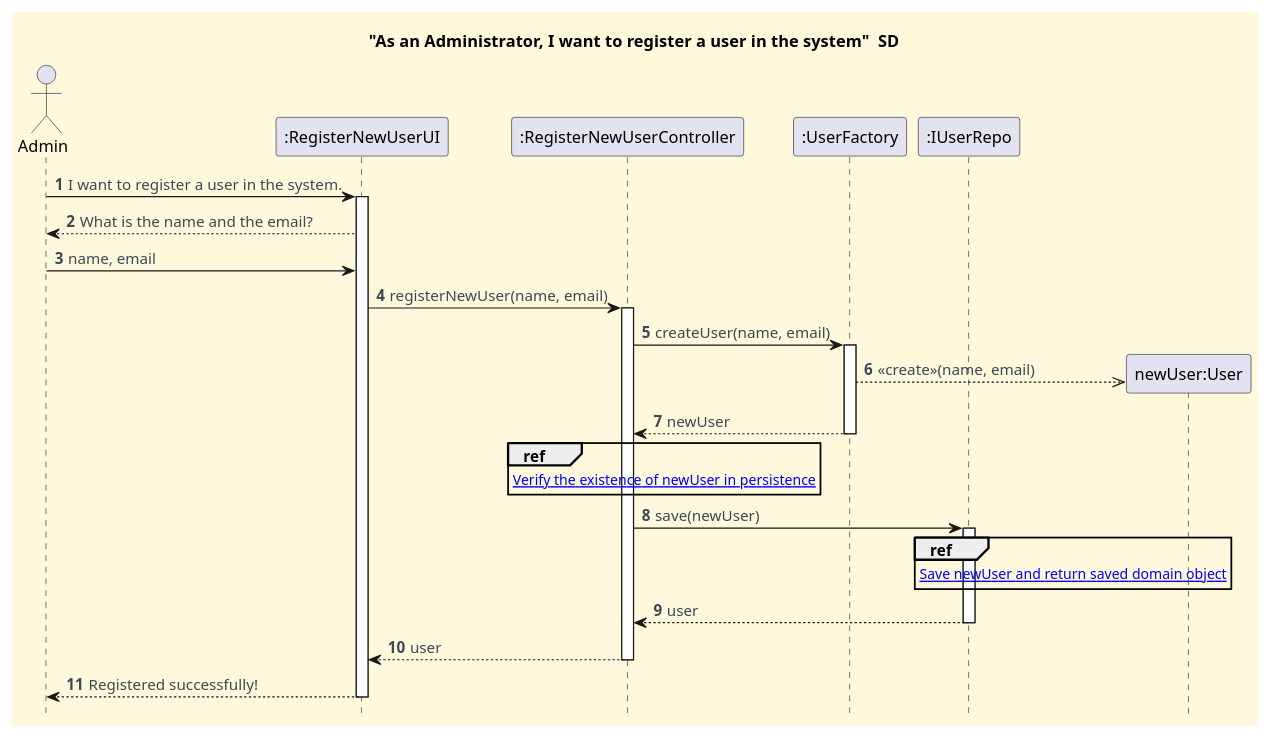
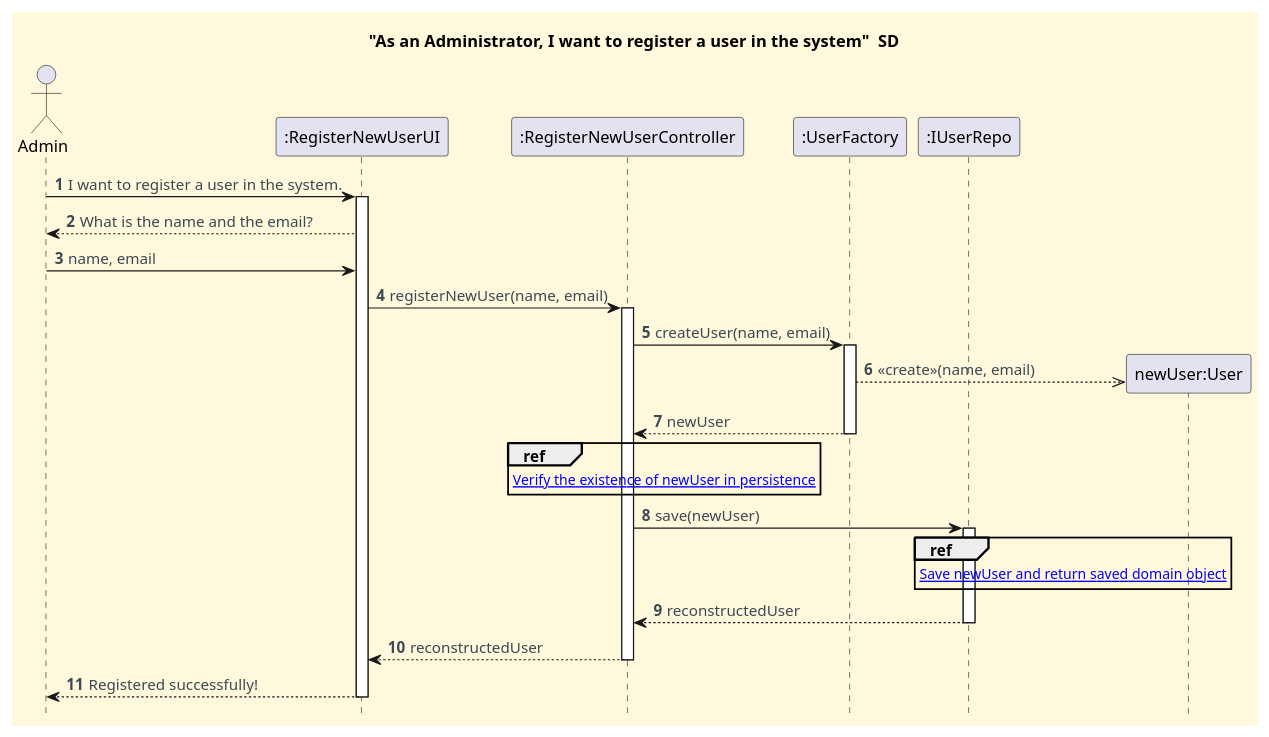
One commit to CarolinaLeite-collab/JavaMarketplacePlatform changed the diagram in docs/functionalities/admin/register-user/Register_User_SD.puml. Above: the diagram before and after it, drawn with PlantUML.

Commit message:
docs: update RegisterUser SD to reflect reconstructed User return refs #763

```diff
--- a/docs/functionalities/admin/register-user/Register_User_SD.puml
+++ b/docs/functionalities/admin/register-user/Register_User_SD.puml
@@ -2,58 +2,58 @@
 @startuml
 title **"As an Administrator, I want to register a user in the system"**  SD
 hide footbox
 
 skinparam monochrome false
 skinparam shadowing false
 skinparam defaultFontName Futura
 skinparam objectFontSize 20
 skinparam backgroundColor CornSilk
 skinparam objectBackgroundColor WhiteSmoke
 skinparam noteBackgroundColor #FFFFE0
 skinparam ArrowFontColor #3B4953
 skinparam ActivationBackgroundColor black
 
 autonumber
 autoactivate off
 
 actor "Admin" as Administrator
 participant ":RegisterNewUserUI" as UI
 participant ":RegisterNewUserController" as Ctl
 participant ":UserFactory" as Factory
 participant ":IUserRepo" as IR
 
 Administrator -> "UI": I want to register a user in the system.
 activate "UI"
 "UI" --> Administrator: What is the name and the email?
 Administrator -> "UI": name, email
 "UI" -> "Ctl": registerNewUser(name, email)
 activate "Ctl"
 
 
 Ctl -> "Factory" : createUser(name, email)
 
 activate "Factory"
 
 create "newUser:User"
 Factory -->> "newUser:User" : <<create>>(name, email)
 Factory --> Ctl: newUser
 deactivate "Factory"
 
 ref over Ctl
 [[sd-ref-diagrams/Verify_User.puml Verify the existence of newUser in persistence]]
 end ref
 
 Ctl -> IR : save(newUser)
 
 ref over IR
 [[sd-ref-diagrams/Save_User.puml Save newUser and return saved domain object]]
 end ref
 activate IR
-IR --> Ctl : user
+IR --> Ctl : reconstructedUser
 deactivate IR
-Ctl --> UI : user
+Ctl --> UI : reconstructedUser
 deactivate Ctl
 UI --> Administrator : Registered successfully!
 deactivate UI
 
 @enduml
```
